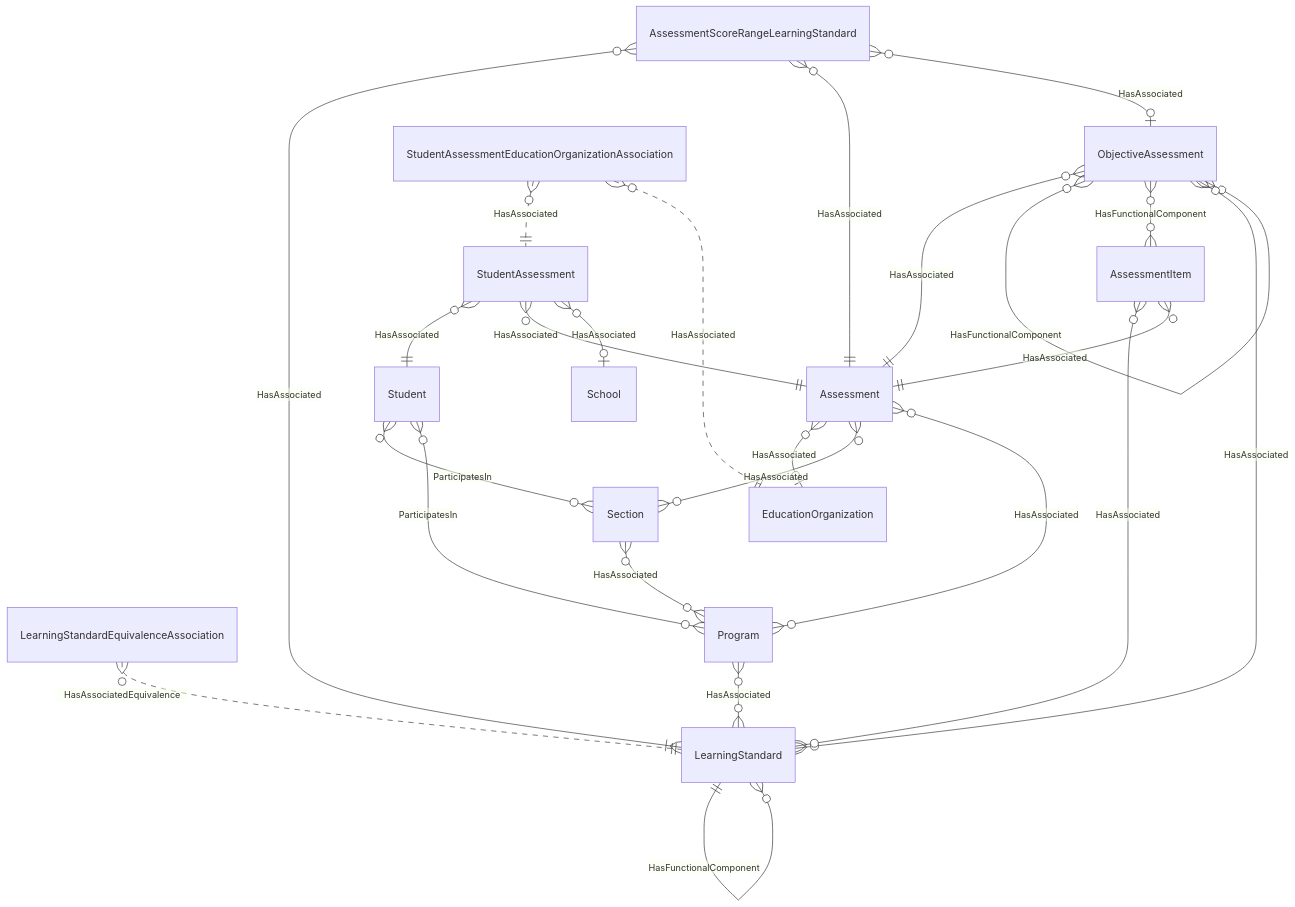
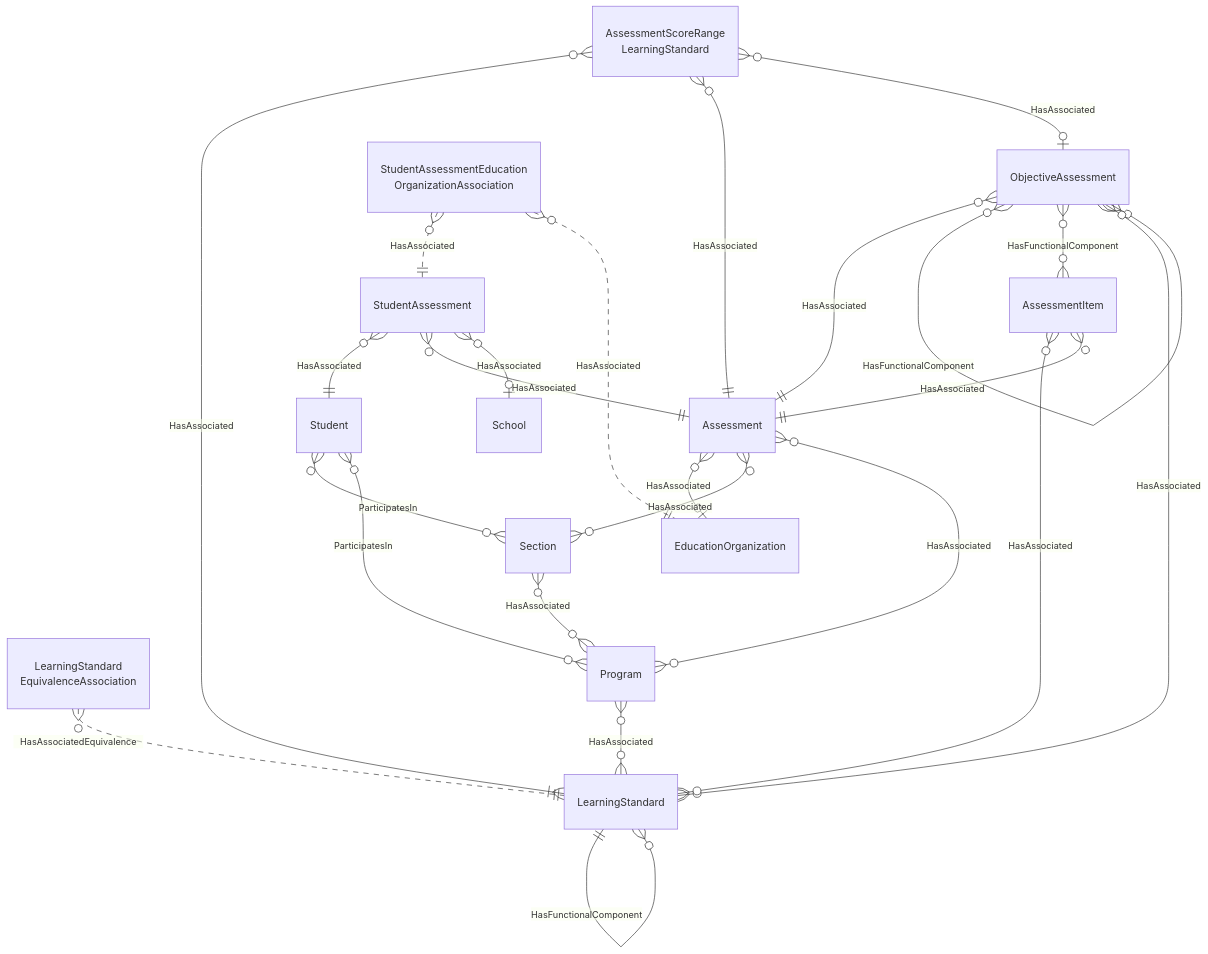
Before and after one commit to Ed-Fi-Alliance-OSS/ed-fi-alliance-oss.github.io: the diagram in dataStandard_versioned_docs/version-6/model-reference/assessment-domain/Assessment-simple.mmd, drawn with Mermaid. The commit also changed 20 other files, not shown here.

First line of the commit message:
Added Alternate Label Text and Line Breaks to Simple Diagrams

```diff
--- a/dataStandard_versioned_docs/version-6/model-reference/assessment-domain/Assessment-simple.mmd
+++ b/dataStandard_versioned_docs/version-6/model-reference/assessment-domain/Assessment-simple.mmd
@@ -1,51 +1,51 @@
 erDiagram
     Assessment {
     }
     StudentAssessment {
     }
     ObjectiveAssessment {
     }
     AssessmentItem {
     }
     LearningStandard {
     }
-    LearningStandardEquivalenceAssociation {
+    LearningStandardEquivalenceAssociation["LearningStandard<br/>EquivalenceAssociation"] {
     }
-    AssessmentScoreRangeLearningStandard {
+    AssessmentScoreRangeLearningStandard["AssessmentScoreRange<br/>LearningStandard"] {
     }
-    StudentAssessmentEducationOrganizationAssociation {
+    StudentAssessmentEducationOrganizationAssociation["StudentAssessmentEducation<br/>OrganizationAssociation"] {
     }
     Student {
     }
     EducationOrganization {
     }
     Section {
     }
     Program {
     }
     School {
     }
     StudentAssessment }o--|| Student : "HasAssociated"
     StudentAssessment }o--|| Assessment : "HasAssociated"
     StudentAssessmentEducationOrganizationAssociation }o..|| StudentAssessment : "HasAssociated"
     StudentAssessmentEducationOrganizationAssociation }o..|| EducationOrganization : "HasAssociated"
     StudentAssessment }o--o| School : "HasAssociated"
     Assessment }o--o| EducationOrganization : "HasAssociated"
     Assessment }o--o{ Section : "HasAssociated"
     Assessment }o--o{ Program : "HasAssociated"
     ObjectiveAssessment }o--|| Assessment : "HasAssociated"
     ObjectiveAssessment }o--o{ ObjectiveAssessment : "HasFunctionalComponent"
     ObjectiveAssessment }o--o{ AssessmentItem : "HasFunctionalComponent"
     ObjectiveAssessment }o--o{ LearningStandard : "HasAssociated"
     AssessmentItem }o--o{ LearningStandard : "HasAssociated"
     AssessmentItem }o--|| Assessment : "HasAssociated"
     AssessmentScoreRangeLearningStandard }o--|{ LearningStandard : "HasAssociated"
     AssessmentScoreRangeLearningStandard }o--|| Assessment : "HasAssociated"
     AssessmentScoreRangeLearningStandard }o--o| ObjectiveAssessment : "HasAssociated"
     LearningStandardEquivalenceAssociation }o..|| LearningStandard : "HasAssociatedEquivalence"
     LearningStandard }o--o{ LearningStandard : "HasAssociatedEquivalence"
     LearningStandard ||--o{ LearningStandard : "HasFunctionalComponent"
     Program }o--o{ LearningStandard : "HasAssociated"
     Section }o--o{ Program : "HasAssociated"
     Student }o--o{ Section : "ParticipatesIn"
     Student }o--o{ Program : "ParticipatesIn"
```
